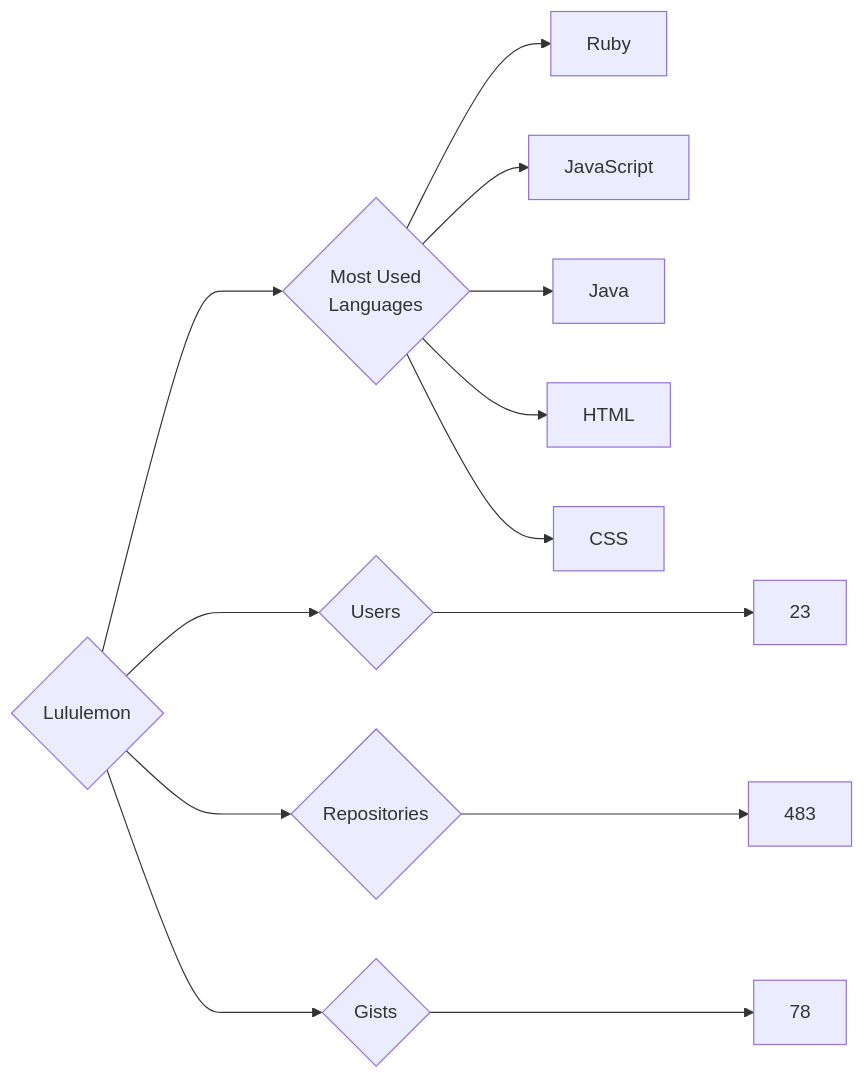
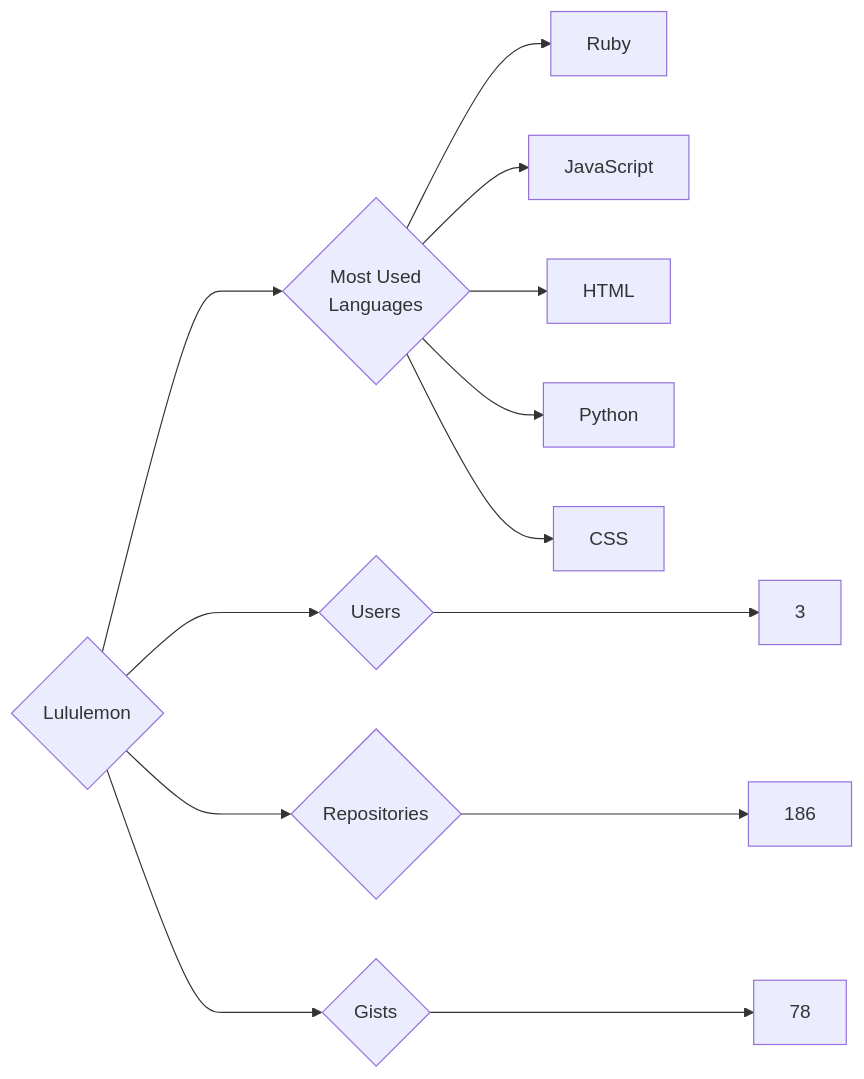
The diagram in targets/Lululemon/README.md (trickest/insiders), drawn with Mermaid before and after one commit. The commit also changed 965 other files, not shown here.

````diff
--- a/targets/Lululemon/README.md
+++ b/targets/Lululemon/README.md
@@ -3,13 +3,13 @@
 ```mermaid
 graph LR
 COMPANY_NAME{Lululemon}
-COMPANY_NAME ---> U{Users} ---> UN[23]
-COMPANY_NAME ---> R{Repositories} ---> RN[483]
+COMPANY_NAME ---> U{Users} ---> UN[3]
+COMPANY_NAME ---> R{Repositories} ---> RN[186]
 COMPANY_NAME ---> G{Gists} ---> GN[78]
 COMPANY_NAME ---> ML{Most Used<br>Languages}
 ML --> Ruby[Ruby]
 ML --> JavaScript[JavaScript]
-ML --> Java[Java]
 ML --> HTML[HTML]
+ML --> Python[Python]
 ML --> CSS[CSS]
 ```
````
